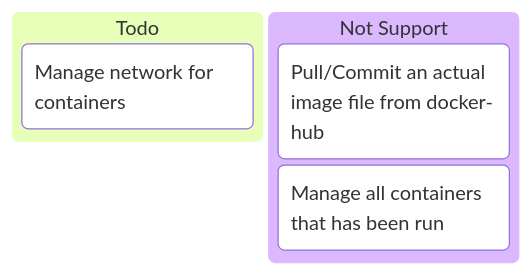
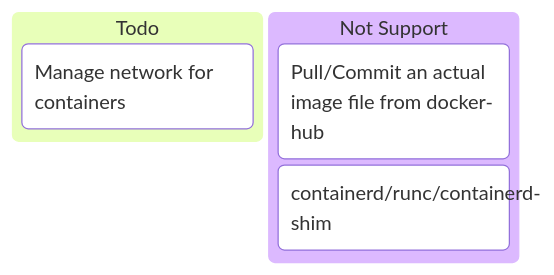
One commit to 0x822a5b87/tiny-docker changed the diagram in README.md. Above: the diagram before and after it, drawn with Mermaid.

Commit message:
[main][update]update readme

````diff
--- a/README.md
+++ b/README.md
@@ -9,13 +9,13 @@
 ```mermaid
 ---
 config:
   kanban:
     ticketBaseUrl: 'https://github.com/mermaid-js/mermaid/issues/#TICKET#'
 ---
 kanban
   Todo
     [Manage network for containers]
   [Not Support]
     [Pull/Commit an actual image file from docker-hub]
-    [Manage all containers that has been run]
+    [containerd/runc/containerd-shim]
 ```
````
